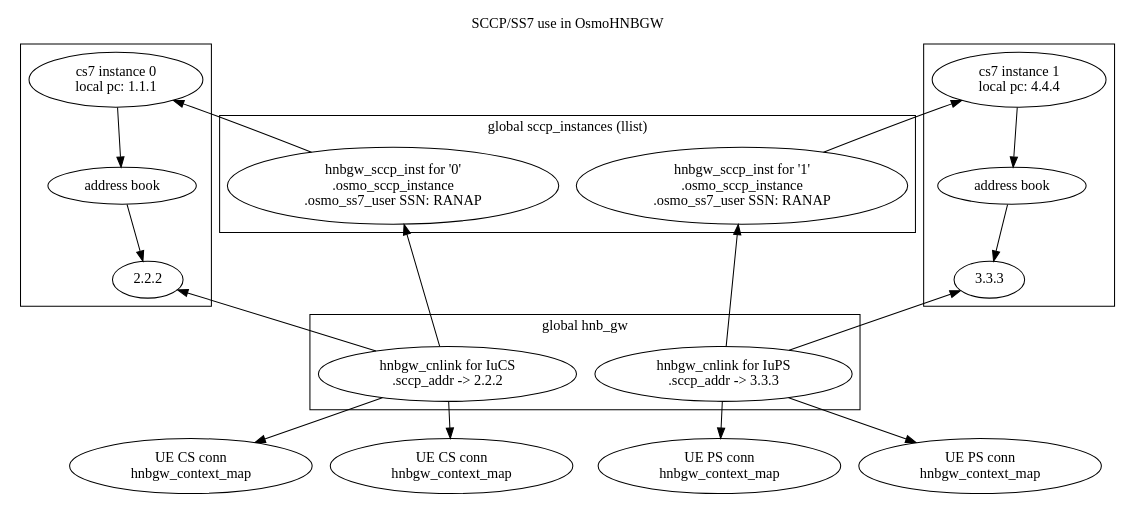
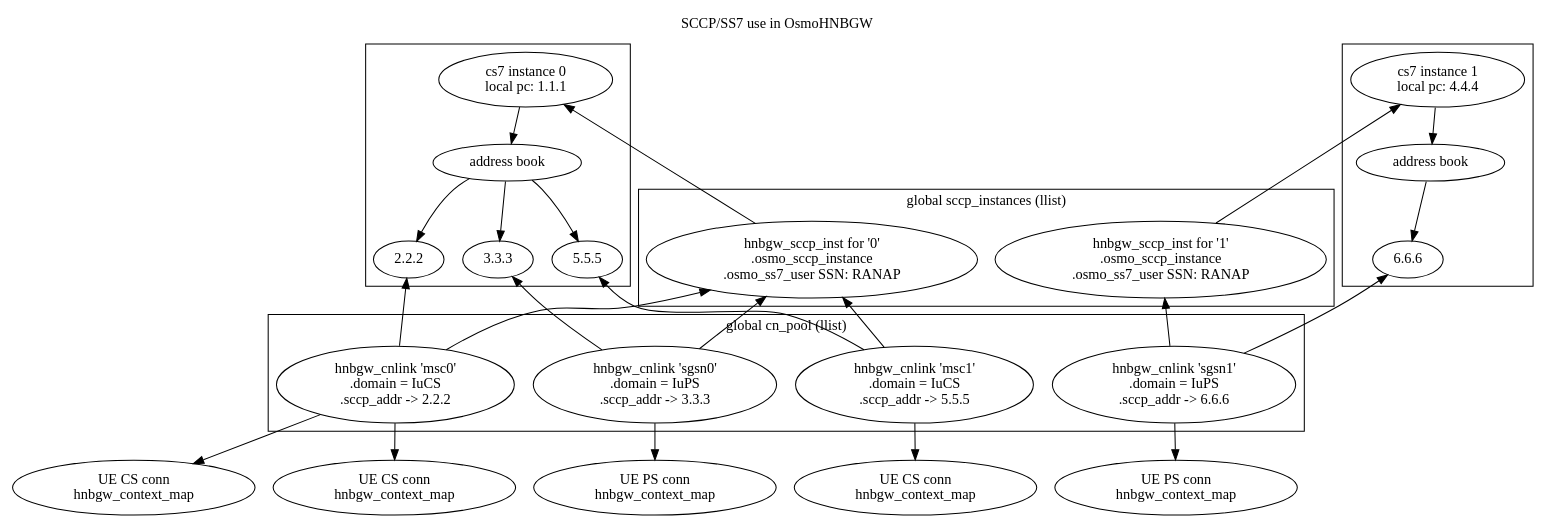
Before and after one commit to osmocom/osmo-hnbgw: the diagram in doc/charts/sccp.dot, drawn with Graphviz.

Commit message:
sccp: add pooling for CN (MSCs, SGSNs)
NOT IMPLEMENTED besides the intended changes shown in chart sccp.dot.

Related: SYS#6422

```diff
--- a/doc/charts/sccp.dot
+++ b/doc/charts/sccp.dot
@@ -1,58 +1,77 @@
 digraph G {
 rankdir=TB
 labelloc=t; label="SCCP/SS7 use in OsmoHNBGW"
 
 	subgraph cluster_ss0 {
 		label=""
 		ss0 [label="cs7 instance 0\n local pc: 1.1.1"]
 		ss0ab [label="address book"]
 		ss0 -> ss0ab
 
 		msc0a [label="2.2.2"]
-		ss0ab -> msc0a
+		sgsn0a [label="3.3.3"]
+		msc1a [label="5.5.5"]
+		ss0ab -> msc0a,sgsn0a,msc1a
 	}
 
 	sccp0 [label="hnbgw_sccp_inst for '0'\n .osmo_sccp_instance\n .osmo_ss7_user SSN: RANAP"];
 	ss0 -> sccp0 [dir=back]
 
-	msc0 [label="hnbgw_cnlink for IuCS\n .sccp_addr -> 2.2.2"]
+	msc0 [label="hnbgw_cnlink 'msc0'\n .domain = IuCS\n .sccp_addr -> 2.2.2"]
 	sccp0 -> msc0 [dir=back]
 	msc0a -> msc0 [dir=back]
 
 	cs0 [label="UE CS conn\n hnbgw_context_map"]
 	cs1 [label="UE CS conn\n hnbgw_context_map"]
 	msc0 -> cs0,cs1
 
+	sgsn0 [label="hnbgw_cnlink 'sgsn0'\n .domain = IuPS\n .sccp_addr -> 3.3.3"]
+	sccp0 -> sgsn0 [dir=back]
+	sgsn0a -> sgsn0 [dir=back]
+
+	ps0 [label="UE PS conn\n hnbgw_context_map"]
+	sgsn0 -> ps0
+
+
+
 	subgraph cluster_ss1 {
 		label=""
 		ss1 [label="cs7 instance 1\n local pc: 4.4.4"]
 		ss1ab [label="address book"]
 		ss1 -> ss1ab
 
-		sgsn0a [label="3.3.3"]
-		ss1ab -> sgsn0a
+		sgsn1a [label="6.6.6"]
+		ss1ab -> sgsn1a
 	}
 
 	sccp1 [label="hnbgw_sccp_inst for '1'\n .osmo_sccp_instance\n .osmo_ss7_user SSN: RANAP"];
 	ss1 -> sccp1 [dir=back]
 
-	sgsn0 [label="hnbgw_cnlink for IuPS\n .sccp_addr -> 3.3.3"]
-	sccp1 -> sgsn0 [dir=back]
-	sgsn0a -> sgsn0 [dir=back]
+	msc1 [label="hnbgw_cnlink 'msc1'\n .domain = IuCS\n .sccp_addr -> 5.5.5"]
+	sccp0 -> msc1 [dir=back]
+	msc1a -> msc1 [dir=back]
 
-	ps0 [label="UE PS conn\n hnbgw_context_map"]
-	ps1 [label="UE PS conn\n hnbgw_context_map"]
-	sgsn0 -> ps0,ps1
+	cs2 [label="UE CS conn\n hnbgw_context_map"]
+	msc1 -> cs2
+
+	sgsn1 [label="hnbgw_cnlink 'sgsn1'\n .domain = IuPS\n .sccp_addr -> 6.6.6"]
+	sccp1 -> sgsn1 [dir=back]
+	sgsn1a -> sgsn1 [dir=back]
+
+	ps2 [label="UE PS conn\n hnbgw_context_map"]
+	sgsn1 -> ps2
 
 	subgraph cluster_sccp_inst {
 		label="global sccp_instances (llist)"
 		sccp0
 		sccp1
 	}
 
 	subgraph cluster_hnbgw {
-		label="global hnb_gw"
+		label="global cn_pool (llist)"
 		msc0
+		msc1
 		sgsn0
+		sgsn1
 	}
 }
```
